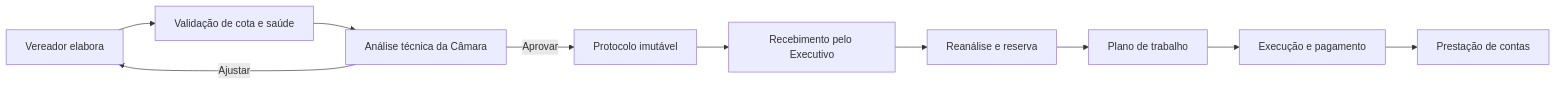
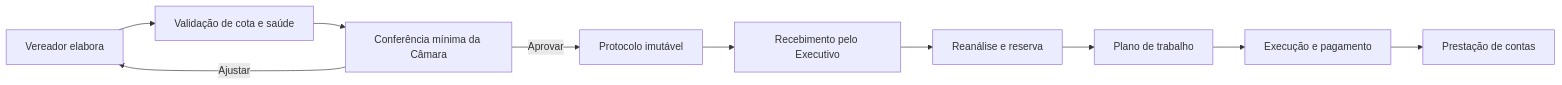
Before and after one commit to matssz/trilhagov: the diagram in docs/portal-legislativo.md, drawn with Mermaid. The commit also changed other lines of this file and 8 other files, not shown here.

````diff
--- a/docs/portal-legislativo.md
+++ b/docs/portal-legislativo.md
@@ -36,12 +43,12 @@
 ```mermaid
 flowchart LR
     A[Vereador elabora] --> B[Validação de cota e saúde]
-    B --> C[Análise técnica da Câmara]
+    B --> C[Conferência mínima da Câmara]
     C -->|Ajustar| A
     C -->|Aprovar| D[Protocolo imutável]
     D --> E[Recebimento pelo Executivo]
     E --> F[Reanálise e reserva]
     F --> G[Plano de trabalho]
     G --> H[Execução e pagamento]
     H --> I[Prestação de contas]
 ```
````
